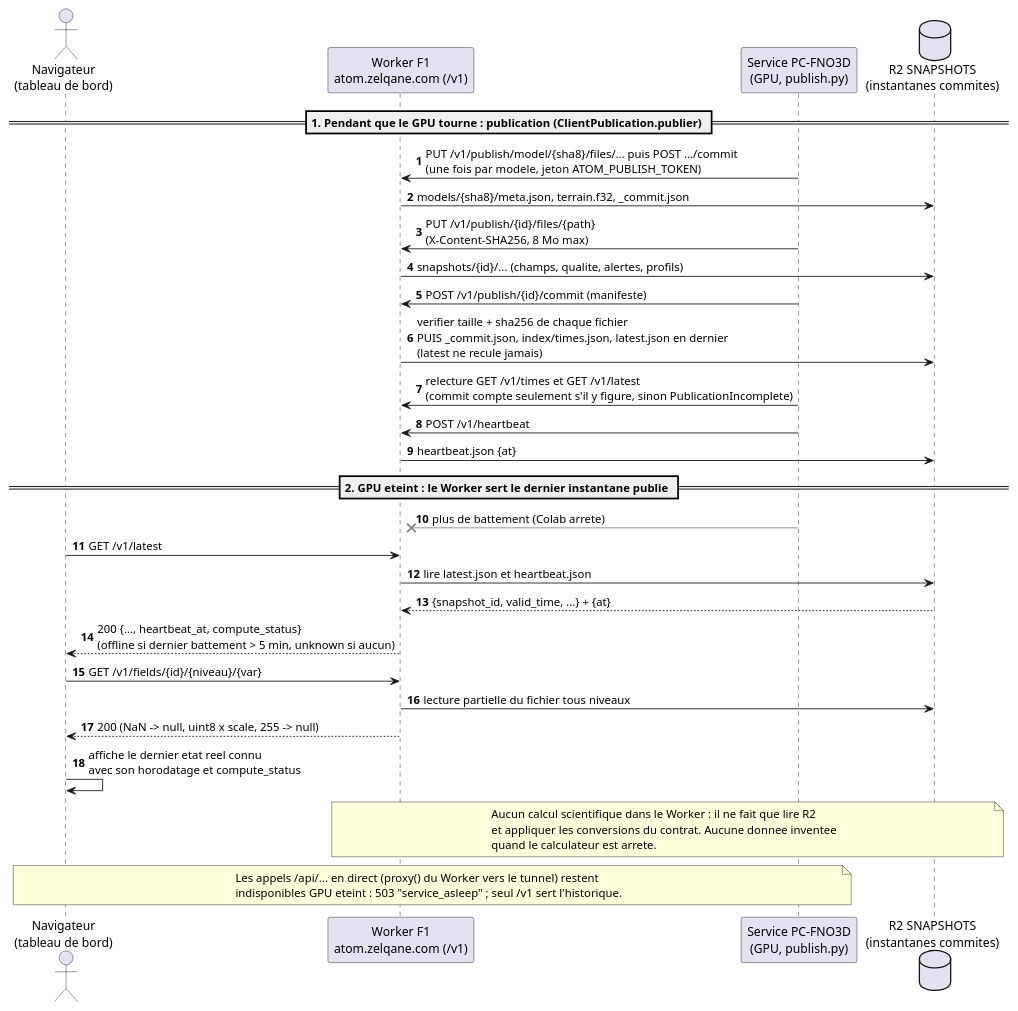
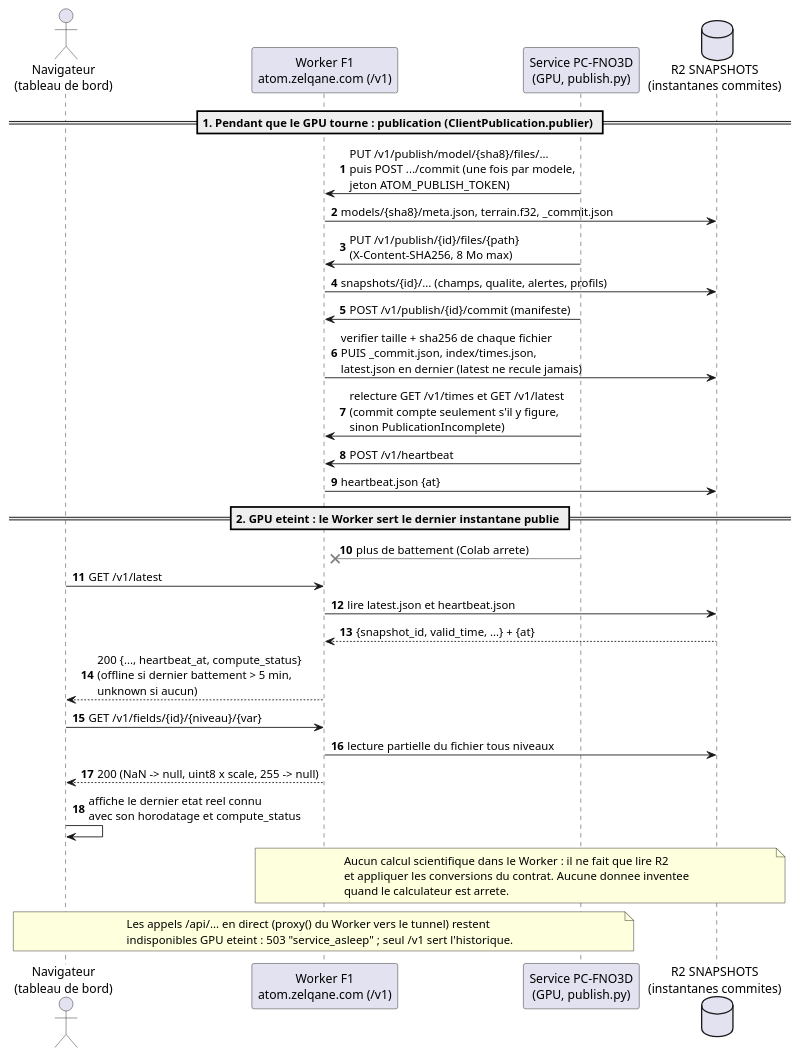
The diagram in docs/uml/sequence_gpu_eteint.puml (ines-rouatbi/pcfno3d), drawn with PlantUML before and after one commit. The commit also changed 4 other files, not shown here.

First line of the commit message:
Docs : retours a la ligne dans les UML M6 / M8 et PUBLICATION.md

```diff
--- a/docs/uml/sequence_gpu_eteint.puml
+++ b/docs/uml/sequence_gpu_eteint.puml
@@ -1,51 +1,51 @@
 @startuml sequence_gpu_eteint
 ' Sequence « GPU eteint -> dernier etat publie » (lot M8, tache 14, p. 44 ; exigence
 ' 7.6 p. 17 et section 17.1 p. 36 du cahier v9).
 ' Verifie contre le code : src/pcfno3d/publish.py (ClientPublication, protocole de
 ' tools/publish.mjs du contrat ATOM rev. 2), docs/PUBLICATION.md, et le Worker F1
 ' (depot atom-dashboard, branche agent/rayen-audit-atom/f1-r2, src/v1.js : latest(),
 ' lecture des champs, HEARTBEAT_TTL_MS = 5 min).
 ' Le tableau de bord ne lit QUE des fichiers publies et commites dans R2, jamais le GPU :
 ' quand le calculateur est arrete, il sert le dernier instantane publie, horodate.
 ' Etat du deploiement : voir docs/PUBLICATION.md (publication reelle vers le R2 de
 ' production en attente du jeton ; essais sur un R2 local via wrangler dev).
 skinparam shadowing false
 autonumber
 
 actor "Navigateur\n(tableau de bord)" as B
 participant "Worker F1\natom.zelqane.com (/v1)" as W
 participant "Service PC-FNO3D\n(GPU, publish.py)" as S
 database "R2 SNAPSHOTS\n(instantanes commites)" as R2
 
 == 1. Pendant que le GPU tourne : publication (ClientPublication.publier) ==
-S -> W : PUT /v1/publish/model/{sha8}/files/... puis POST .../commit\n(une fois par modele, jeton ATOM_PUBLISH_TOKEN)
+S -> W : PUT /v1/publish/model/{sha8}/files/...\npuis POST .../commit (une fois par modele,\njeton ATOM_PUBLISH_TOKEN)
 W -> R2 : models/{sha8}/meta.json, terrain.f32, _commit.json
 S -> W : PUT /v1/publish/{id}/files/{path}\n(X-Content-SHA256, 8 Mo max)
 W -> R2 : snapshots/{id}/... (champs, qualite, alertes, profils)
 S -> W : POST /v1/publish/{id}/commit (manifeste)
-W -> R2 : verifier taille + sha256 de chaque fichier\nPUIS _commit.json, index/times.json, latest.json en dernier\n(latest ne recule jamais)
-S -> W : relecture GET /v1/times et GET /v1/latest\n(commit compte seulement s'il y figure, sinon PublicationIncomplete)
+W -> R2 : verifier taille + sha256 de chaque fichier\nPUIS _commit.json, index/times.json,\nlatest.json en dernier (latest ne recule jamais)
+S -> W : relecture GET /v1/times et GET /v1/latest\n(commit compte seulement s'il y figure,\nsinon PublicationIncomplete)
 S -> W : POST /v1/heartbeat
 W -> R2 : heartbeat.json {at}
 
 == 2. GPU eteint : le Worker sert le dernier instantane publie ==
 S -[#gray]x W : plus de battement (Colab arrete)
 B -> W : GET /v1/latest
 W -> R2 : lire latest.json et heartbeat.json
 R2 --> W : {snapshot_id, valid_time, ...} + {at}
-W --> B : 200 {..., heartbeat_at, compute_status}\n(offline si dernier battement > 5 min, unknown si aucun)
+W --> B : 200 {..., heartbeat_at, compute_status}\n(offline si dernier battement > 5 min,\nunknown si aucun)
 B -> W : GET /v1/fields/{id}/{niveau}/{var}
 W -> R2 : lecture partielle du fichier tous niveaux
 W --> B : 200 (NaN -> null, uint8 x scale, 255 -> null)
 B -> B : affiche le dernier etat reel connu\navec son horodatage et compute_status
 
 note over W, R2
   Aucun calcul scientifique dans le Worker : il ne fait que lire R2
   et appliquer les conversions du contrat. Aucune donnee inventee
   quand le calculateur est arrete.
 end note
 note over B, S
   Les appels /api/... en direct (proxy() du Worker vers le tunnel) restent
   indisponibles GPU eteint : 503 "service_asleep" ; seul /v1 sert l'historique.
 end note
 @enduml
```
